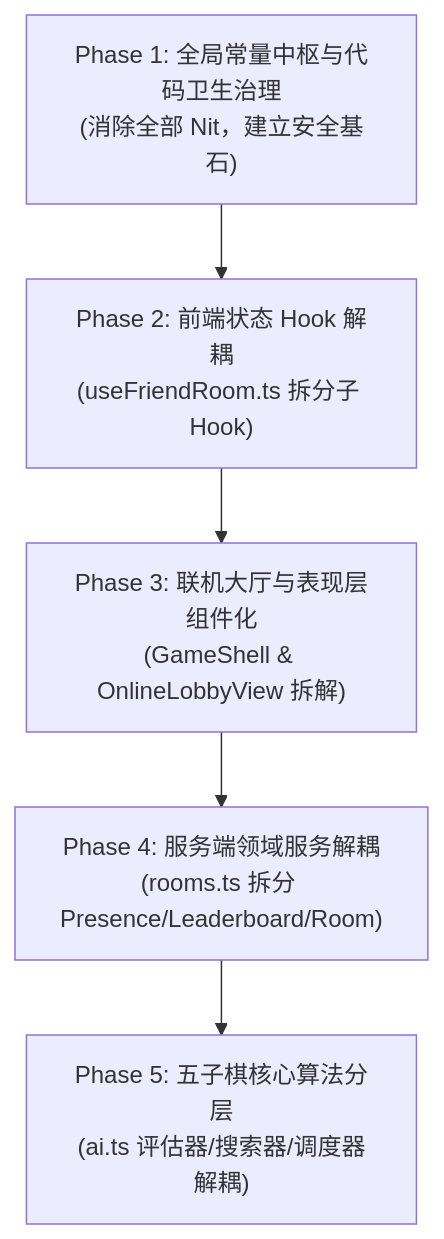
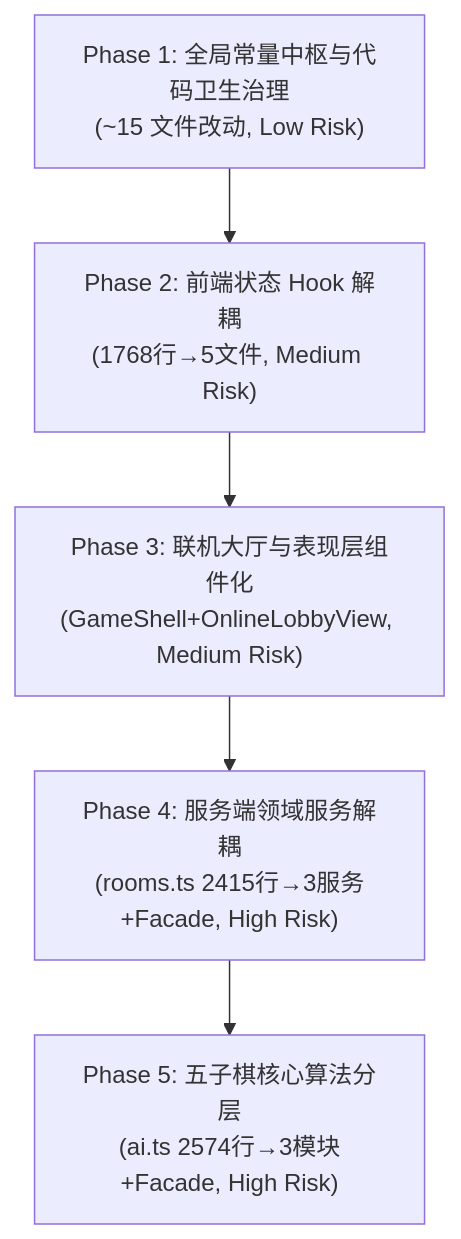
The diagram in docs/handoff/2026-09-13-comprehensive-refactoring-master-plan-handoff.md (SeptYagu/gomoku-online), drawn with Mermaid before and after one commit. The commit also changed other lines of this file, not shown here.

First line of the commit message:
docs(plan): expand 5-phase refactoring blueprint with source-verified details

````diff
--- a/docs/handoff/2026-09-13-comprehensive-refactoring-master-plan-handoff.md
+++ b/docs/handoff/2026-09-13-comprehensive-refactoring-master-plan-handoff.md
@@ -42,10 +43,10 @@
 ```mermaid
 flowchart TD
-    P1["Phase 1: 全局常量中枢与代码卫生治理<br/>(消除全部 Nit，建立安全基石)"]
-    P2["Phase 2: 前端状态 Hook 解耦<br/>(useFriendRoom.ts 拆分子 Hook)"]
-    P3["Phase 3: 联机大厅与表现层组件化<br/>(GameShell & OnlineLobbyView 拆解)"]
-    P4["Phase 4: 服务端领域服务解耦<br/>(rooms.ts 拆分 Presence/Leaderboard/Room)"]
-    P5["Phase 5: 五子棋核心算法分层<br/>(ai.ts 评估器/搜索器/调度器解耦)"]
+    P1["Phase 1: 全局常量中枢与代码卫生治理<br/>(~15 文件改动, Low Risk)"]
+    P2["Phase 2: 前端状态 Hook 解耦<br/>(1768行→5文件, Medium Risk)"]
+    P3["Phase 3: 联机大厅与表现层组件化<br/>(GameShell+OnlineLobbyView, Medium Risk)"]
+    P4["Phase 4: 服务端领域服务解耦<br/>(rooms.ts 2415行→3服务+Facade, High Risk)"]
+    P5["Phase 5: 五子棋核心算法分层<br/>(ai.ts 2574行→3模块+Facade, High Risk)"]
 
     P1 --> P2 --> P3 --> P4 --> P5
 ```
````
